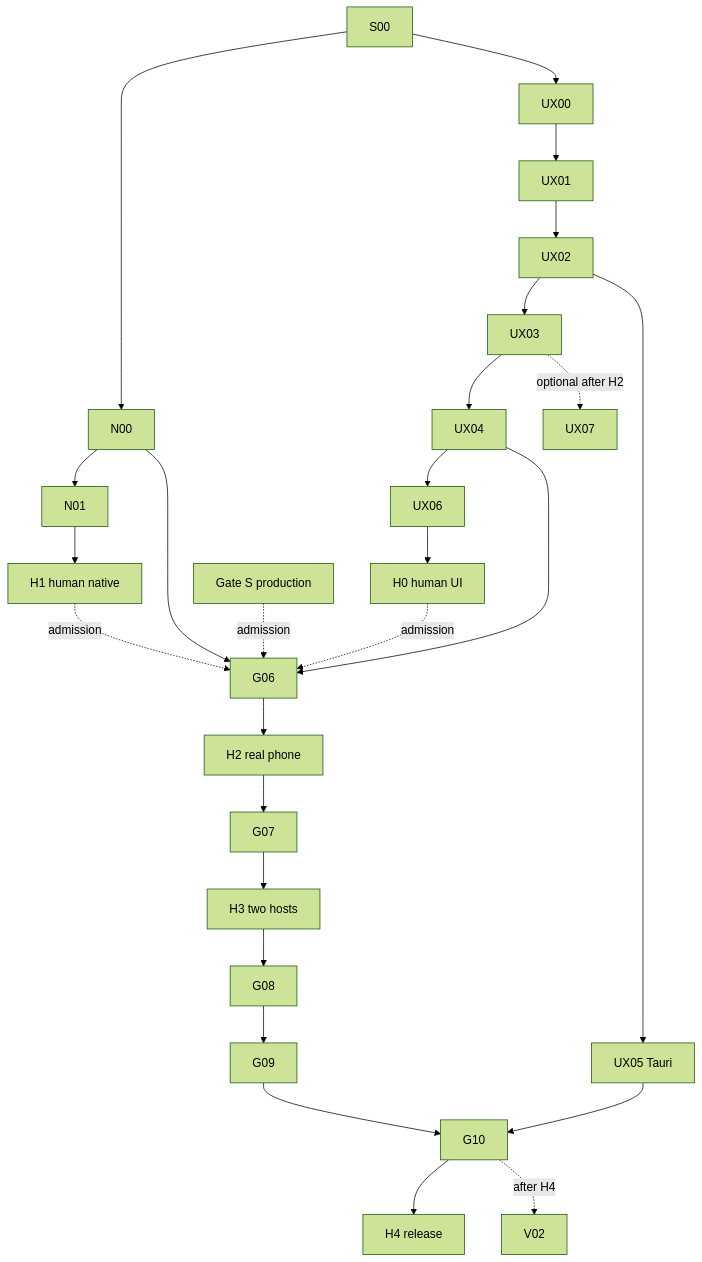
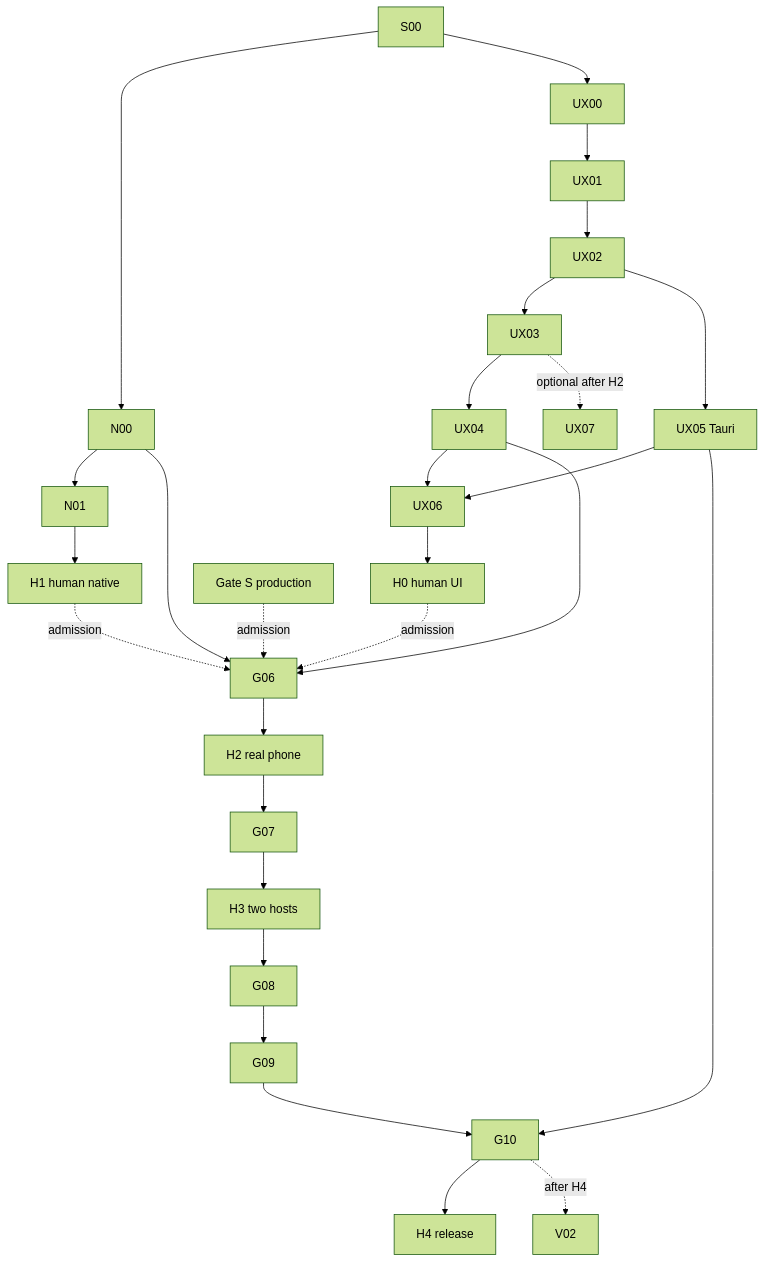
The diagram in docs/roadmap/FLEETSPLICE-FAST-PRODUCT-UX-TRAIN-001/04-MASTER-DAG-AND-PR-PLAN.md (JerrySkywalker/FleetSplice), drawn with Mermaid (forest theme) before and after one commit. The commit also changed other lines of this file and 31 other files, not shown here.

````diff
--- a/docs/roadmap/FLEETSPLICE-FAST-PRODUCT-UX-TRAIN-001/04-MASTER-DAG-AND-PR-PLAN.md
+++ b/docs/roadmap/FLEETSPLICE-FAST-PRODUCT-UX-TRAIN-001/04-MASTER-DAG-AND-PR-PLAN.md
@@ -7,15 +7,16 @@
 ```mermaid
 flowchart TD
 S00 --> N00 --> N01 --> H1[H1 human native]
 S00 --> UX00 --> UX01 --> UX02 --> UX03 --> UX04 --> UX06 --> H0[H0 human UI]
 UX02 --> UX05[UX05 Tauri]
+UX05 --> UX06
 N00 --> G06
 UX04 --> G06
 H0 -. admission .-> G06
 H1 -. admission .-> G06
 GS[Gate S production] -. admission .-> G06
 G06 --> H2[H2 real phone] --> G07 --> H3[H3 two hosts] --> G08 --> G09 --> G10 --> H4[H4 release]
 UX05 --> G10
 UX03 -.optional after H2.-> UX07
 G10 -.after H4.-> V02
 ```
````
